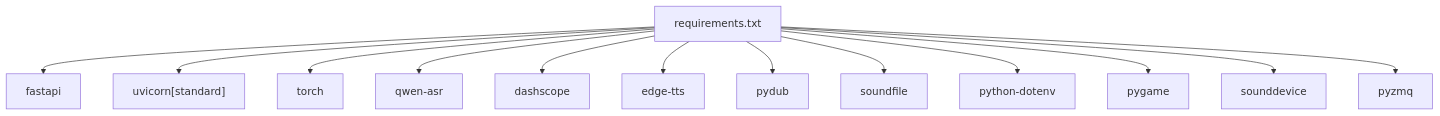
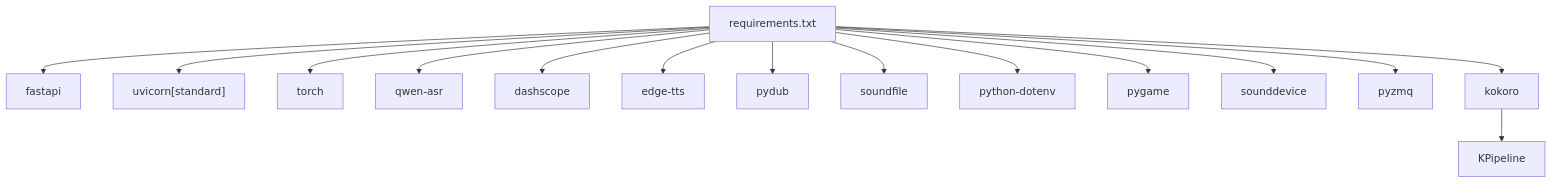
One commit to 1024dashen/Vue3Speech changed diagram 11 of 11 in .qoder/repowiki/zh/content/开发者指南/开发者指南.md. Above: the diagram before and after it, drawn with Mermaid. The commit also changed other lines of this file and 9 other files, not shown here.

````diff
--- a/.qoder/repowiki/zh/content/开发者指南/开发者指南.md
+++ b/.qoder/repowiki/zh/content/开发者指南/开发者指南.md
@@ -334,15 +452,16 @@
 ```mermaid
 graph TB
 Req["requirements.txt"] --> FastAPI["fastapi"]
 Req --> Uvicorn["uvicorn[standard]"]
 Req --> Torch["torch"]
 Req --> ASR["qwen-asr"]
 Req --> Dash["dashscope"]
 Req --> Edge["edge-tts"]
 Req --> PyDub["pydub"]
 Req --> SF["soundfile"]
 Req --> DotEnv["python-dotenv"]
 Req --> Pygame["pygame"]
 Req --> SD["sounddevice"]
 Req --> ZMQ["pyzmq"]
+Req --> Kokoro["kokoro"] --> KPipeline["KPipeline"]
 ```
````
